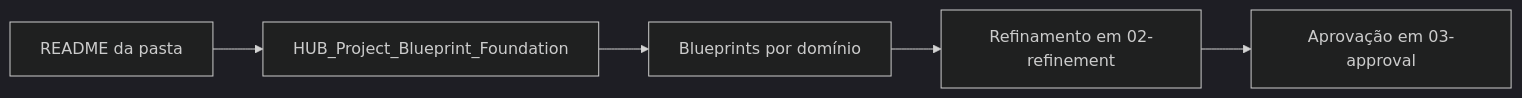
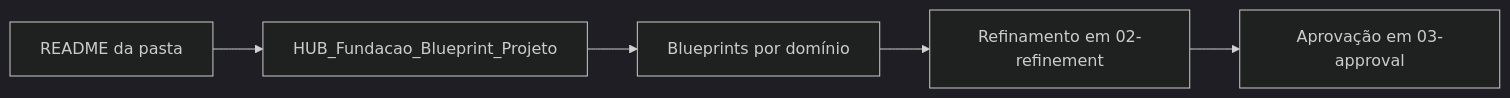
The first of 2 diagrams in 01-blueprint/README.md (pratofeitoo/the-new-hub-proj-dev-2), drawn with Mermaid (dark theme) before and after one commit. The commit also changed other lines of this file and 390 other files, not shown here.

````diff
--- a/01-blueprint/README.md
+++ b/01-blueprint/README.md
@@ -16,7 +16,7 @@
 ```mermaid
 flowchart LR
-    A[README da pasta] --> B[HUB_Project_Blueprint_Foundation]
+    A[README da pasta] --> B[HUB_Fundacao_Blueprint_Projeto]
     B --> C[Blueprints por domínio]
     C --> D[Refinamento em 02-refinement]
     D --> E[Aprovação em 03-approval]
 ```
````
